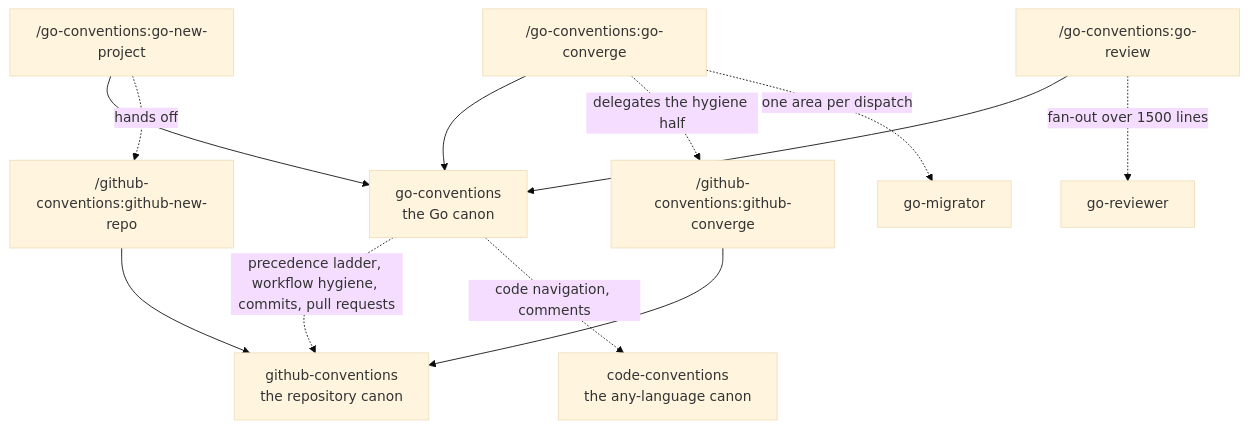
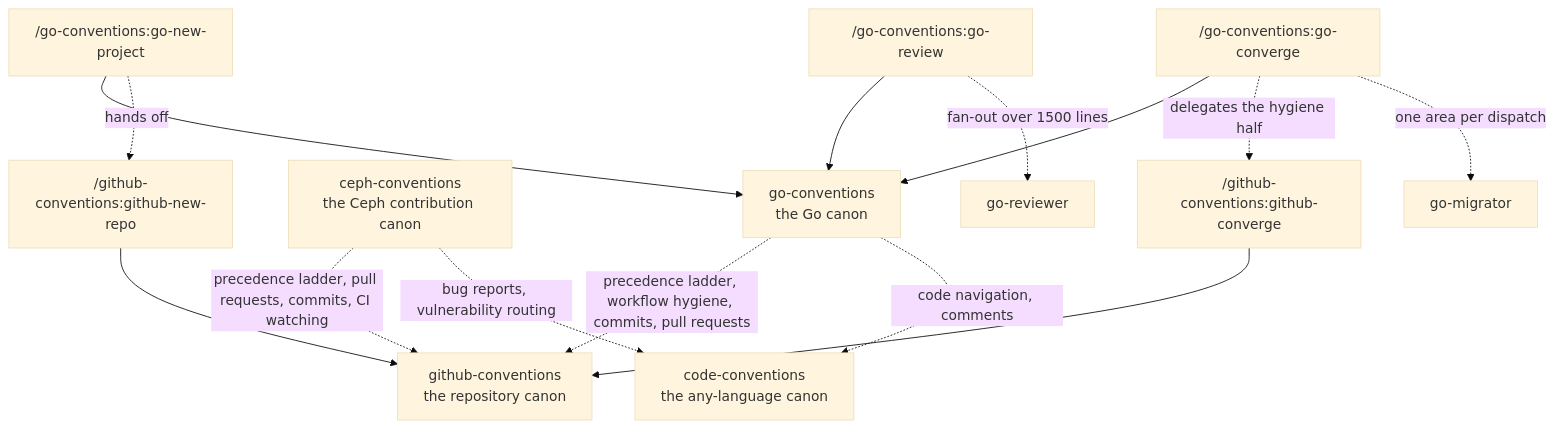
Before and after one commit to jhoblitt/conventions-claude: the sixth of 6 diagrams in README.md, drawn with Mermaid (base theme). The commit also changed other lines of this file and 10 other files, not shown here.

````diff
--- a/README.md
+++ b/README.md
@@ -182,17 +193,20 @@
 ```mermaid
 flowchart TD
   GOC["go-conventions<br/>the Go canon"]
   GHC["github-conventions<br/>the repository canon"]
   CC["code-conventions<br/>the any-language canon"]
+  CEPH["ceph-conventions<br/>the Ceph contribution canon"]
   GOC -.->|precedence ladder, workflow hygiene, commits, pull requests| GHC
   GOC -.->|code navigation, comments| CC
+  CEPH -.->|precedence ladder, pull requests, commits, CI watching| GHC
+  CEPH -.->|bug reports, vulnerability routing| CC
   NP["/go-conventions:go-new-project"] --> GOC
   NP -.->|hands off| NR["/github-conventions:github-new-repo"]
   NR --> GHC
   CV["/go-conventions:go-converge"] --> GOC
   CV -.->|delegates the hygiene half| GCV["/github-conventions:github-converge"]
   GCV --> GHC
   RV["/go-conventions:go-review"] --> GOC
   RV -.->|fan-out over 1500 lines| RA["go-reviewer"]
   CV -.->|one area per dispatch| MA["go-migrator"]
 ```
````
